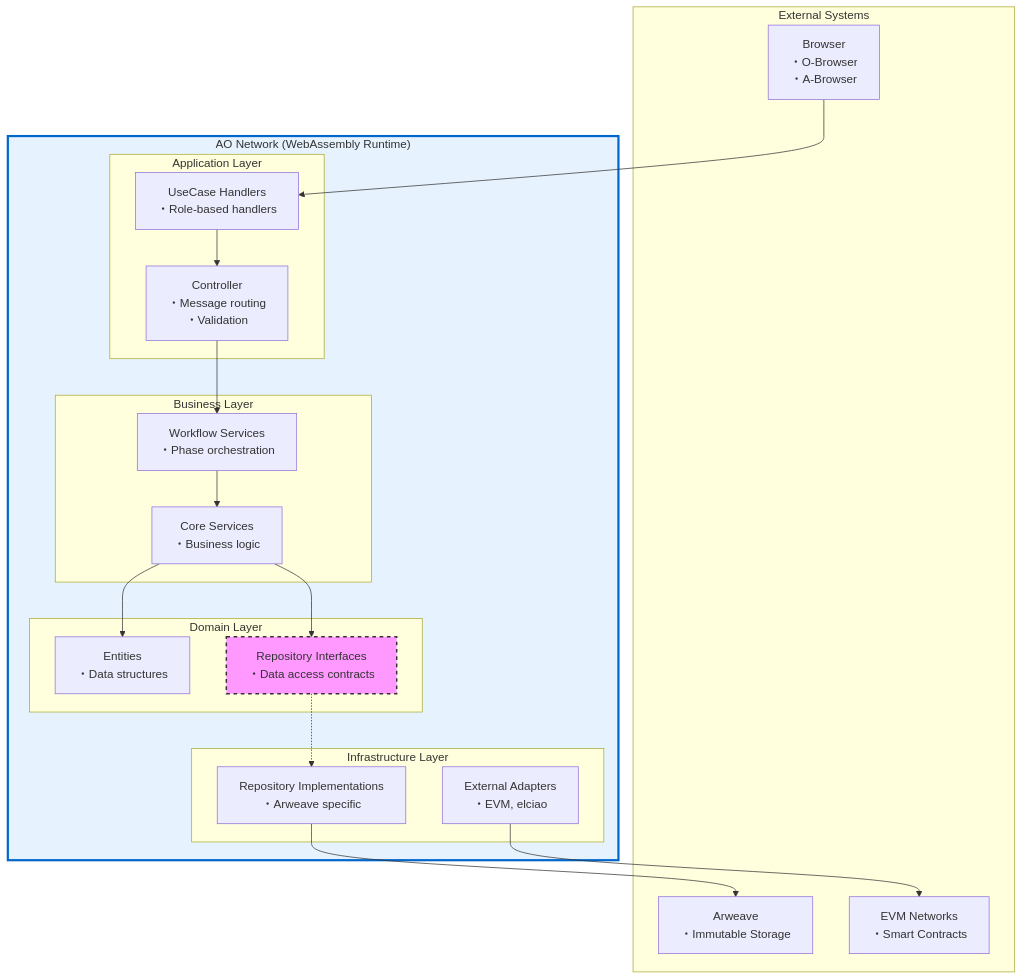
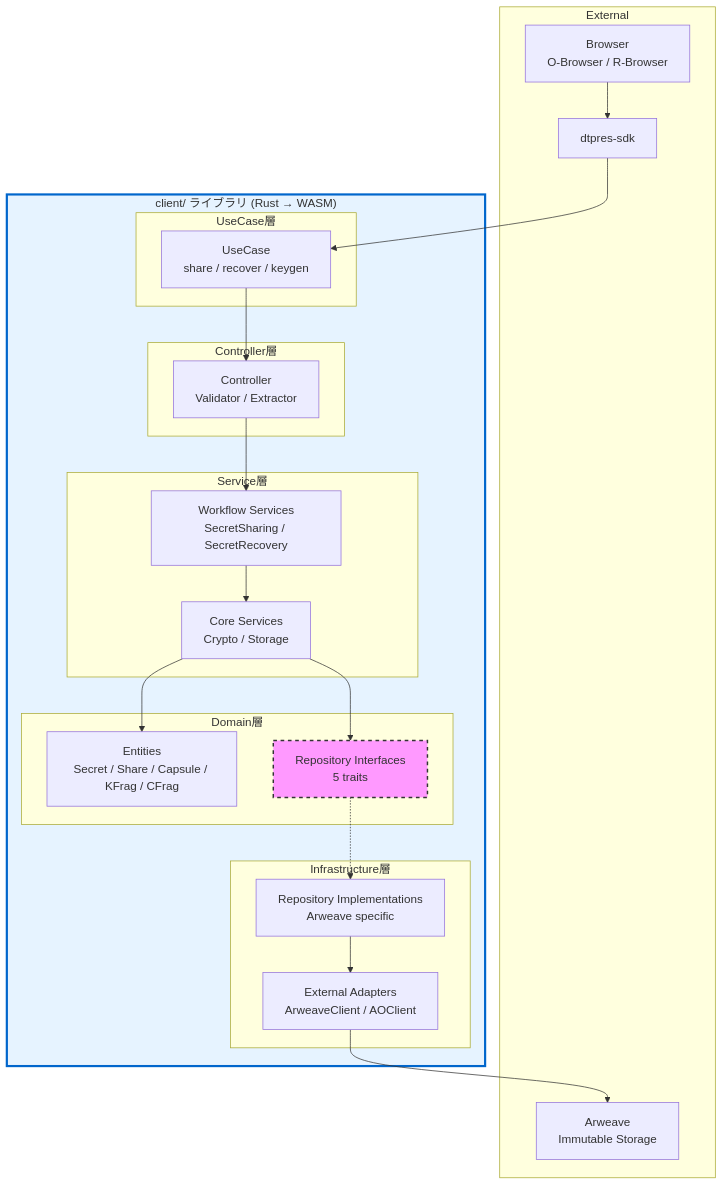
Before and after one commit to shodaimomiyama/D-TPRES: the diagram in client/docs/development/architecture/architecture_design_philosophy.md, drawn with Mermaid. The commit also changed other lines of this file and 1 other file, not shown here.

First line of the commit message:
Update architecture documentation for D-TPRES client library

````diff
--- a/client/docs/development/architecture/architecture_design_philosophy.md
+++ b/client/docs/development/architecture/architecture_design_philosophy.md
@@ -81,43 +109,47 @@
 ```mermaid
 graph TB
-    subgraph "External Systems"
-        BR[Browser<br/>・O-Browser<br/>・A-Browser]
-        AR[Arweave<br/>・Immutable Storage]
-        EVM[EVM Networks<br/>・Smart Contracts]
+    subgraph "External"
+        BR[Browser<br/>O-Browser / R-Browser]
+        SDK[dtpres-sdk]
+        AR[Arweave<br/>Immutable Storage]
     end
-    
-    subgraph AO_RUNTIME["AO Network (WebAssembly Runtime)"]
-        subgraph "Application Layer"
-            UC[UseCase Handlers<br/>・Role-based handlers]
-            CTRL[Controller<br/>・Message routing<br/>・Validation]
+
+    subgraph CLIENT_LIBRARY["client/ ライブラリ (Rust → WASM)"]
+        subgraph "UseCase層"
+            UC[UseCase<br/>share / recover / keygen]
         end
-        
-        subgraph "Business Layer"
-            WS[Workflow Services<br/>・Phase orchestration]
-            CS[Core Services<br/>・Business logic]
+
+        subgraph "Controller層"
+            CTRL[Controller<br/>Validator / Extractor]
         end
-        
-        subgraph "Domain Layer"
-            ENT[Entities<br/>・Data structures]
-            RI[Repository Interfaces<br/>・Data access contracts]
+
+        subgraph "Service層"
+            WS[Workflow Services<br/>SecretSharing / SecretRecovery]
+            CS[Core Services<br/>Crypto / Storage]
         end
-        
-        subgraph "Infrastructure Layer"
-            IMPL[Repository Implementations<br/>・Arweave specific]
-            EXT[External Adapters<br/>・EVM, elciao]
+
+        subgraph "Domain層"
+            ENT[Entities<br/>Secret / Share / Capsule / KFrag / CFrag]
+            RI[Repository Interfaces<br/>5 traits]
+        end
+
+        subgraph "Infrastructure層"
+            IMPL[Repository Implementations<br/>Arweave specific]
+            EXT[External Adapters<br/>ArweaveClient / AOClient]
         end
     end
-    
-    BR --> UC
+
+    BR --> SDK
+    SDK --> UC
     UC --> CTRL
     CTRL --> WS
     WS --> CS
     CS --> ENT
     CS --> RI
     RI -.-> IMPL
-    IMPL --> AR
-    EXT --> EVM
-    
+    IMPL --> EXT
+    EXT --> AR
+
     style RI fill:#f9f,stroke:#333,stroke-width:2px,stroke-dasharray: 5 5
-    style AO_RUNTIME fill:#e6f3ff,stroke:#0066cc,stroke-width:3px
+    style CLIENT_LIBRARY fill:#e6f3ff,stroke:#0066cc,stroke-width:3px
 ```
````
